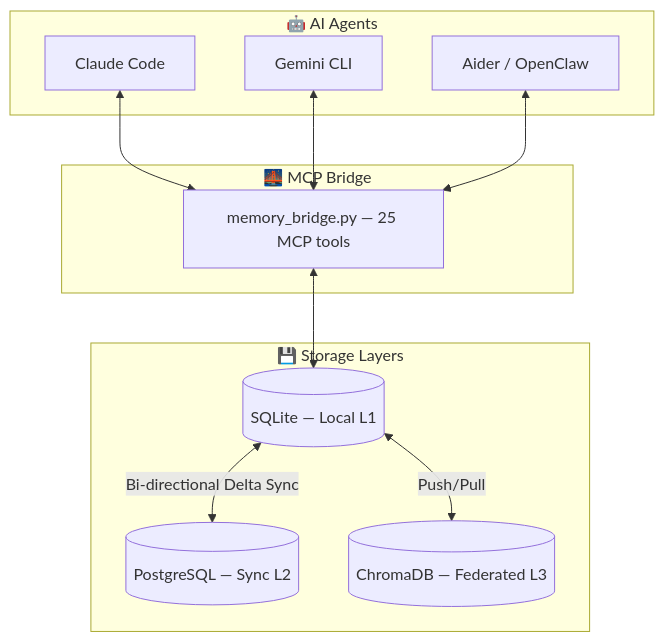
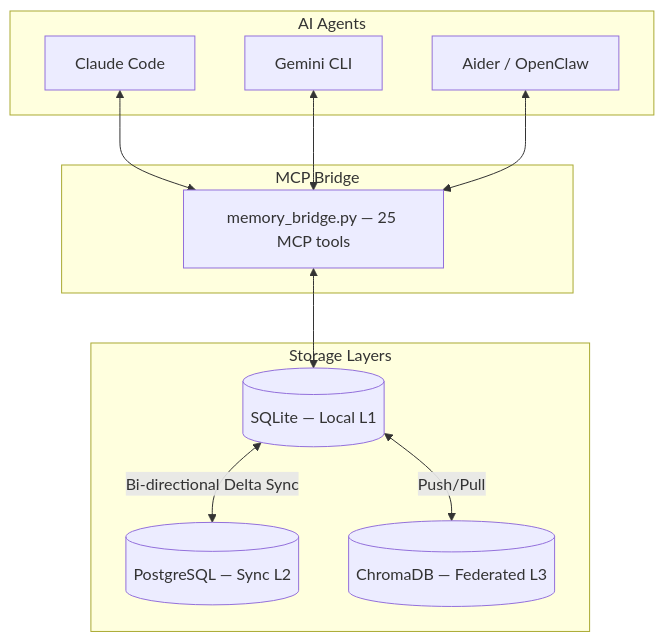
Before and after one commit to skynetcmd/m3-memory: the first of 2 diagrams in README.md, drawn with Mermaid. The commit also changed other lines of this file and 5 other files, not shown here.

````diff
--- a/README.md
+++ b/README.md
@@ -218,23 +233,23 @@
 ```mermaid
 graph TD
-    subgraph "🤖 AI Agents"
+    subgraph "AI Agents"
         C[Claude Code]
         G[Gemini CLI]
         A[Aider / OpenClaw]
     end
 
-    subgraph "🌉 MCP Bridge"
+    subgraph "MCP Bridge"
         MB[memory_bridge.py — 25 MCP tools]
     end
 
-    subgraph "💾 Storage Layers"
+    subgraph "Storage Layers"
         SQ[(SQLite — Local L1)]
         PG[(PostgreSQL — Sync L2)]
         CH[(ChromaDB — Federated L3)]
     end
 
     C & G & A <--> MB
     MB <--> SQ
     SQ <-->|Bi-directional Delta Sync| PG
     SQ <-->|Push/Pull| CH
 ```
````
